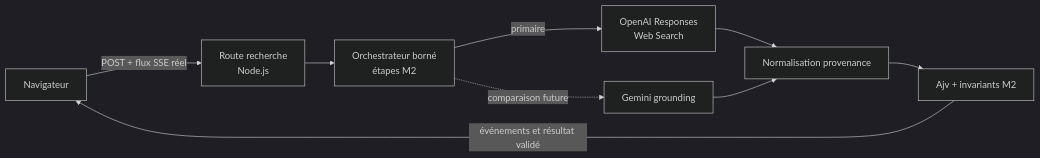
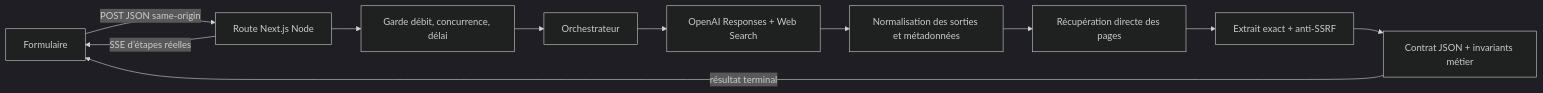
Before and after one commit to ElGrandeXu/genial-deep-research: the diagram in docs/ARCHITECTURE.md, drawn with Mermaid (dark theme). The commit also changed other lines of this file and 11 other files, not shown here.

````diff
--- a/docs/ARCHITECTURE.md
+++ b/docs/ARCHITECTURE.md
@@ -47,11 +11,13 @@
 ```mermaid
 flowchart LR
-    B[Navigateur] -->|POST + flux SSE réel| R[Route recherche\nNode.js]
-    R --> O[Orchestrateur borné\nétapes M2]
-    O -->|primaire| OA[OpenAI Responses\nWeb Search]
-    O -. comparaison future .-> GA[Gemini grounding]
-    OA --> N[Normalisation provenance]
-    GA --> N
-    N --> V[Ajv + invariants M2]
-    V -->|événements et résultat validé| B
+    U[Formulaire] -->|POST JSON same-origin| R[Route Next.js Node]
+    R -->|SSE d’étapes réelles| U
+    R --> G[Garde débit, concurrence, délai]
+    G --> O[Orchestrateur]
+    O --> A[OpenAI Responses + Web Search]
+    A --> M[Normalisation des sorties et métadonnées]
+    M --> F[Récupération directe des pages]
+    F --> V[Extrait exact + anti-SSRF]
+    V --> D[Contrat JSON + invariants métier]
+    D -->|résultat terminal| U
 ```
````
